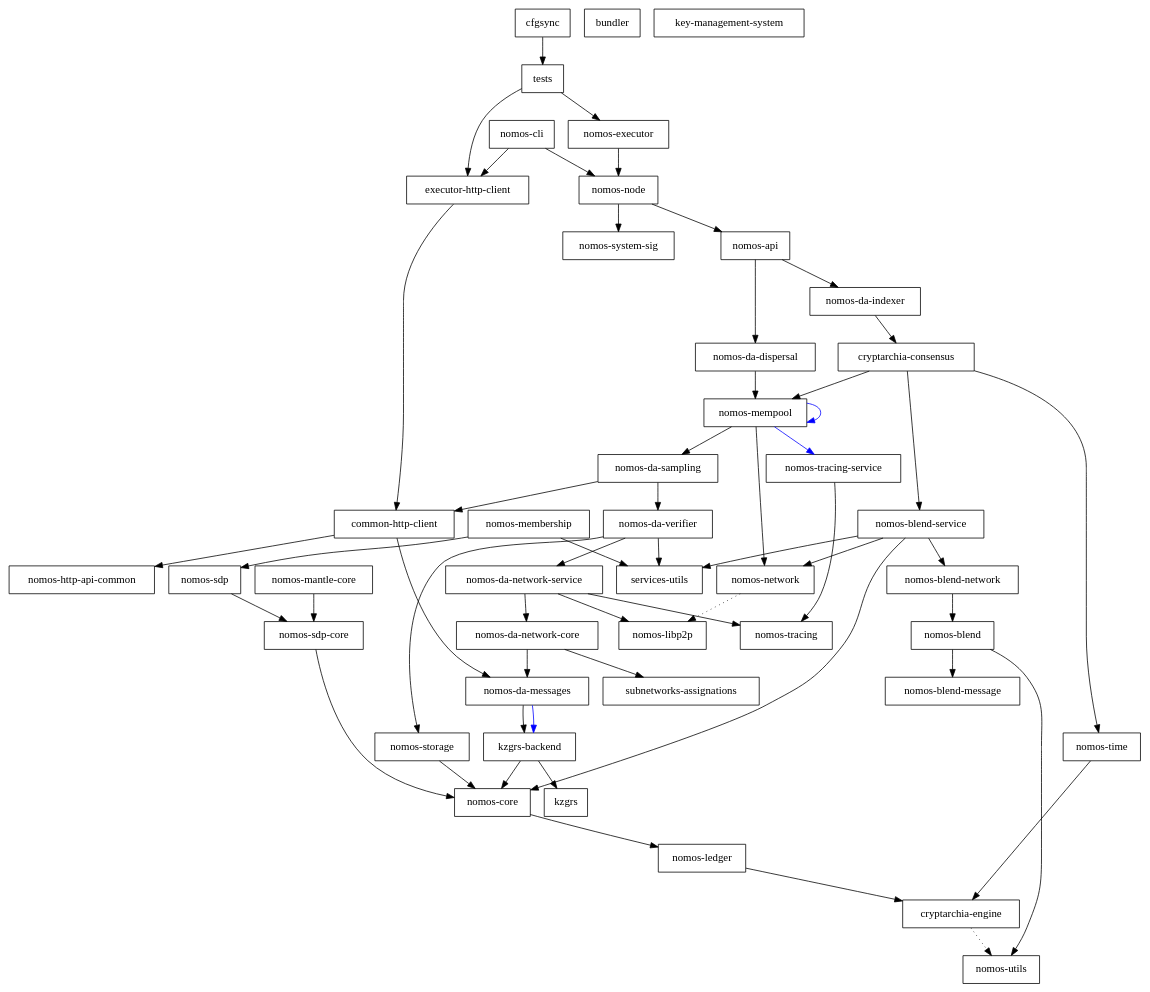
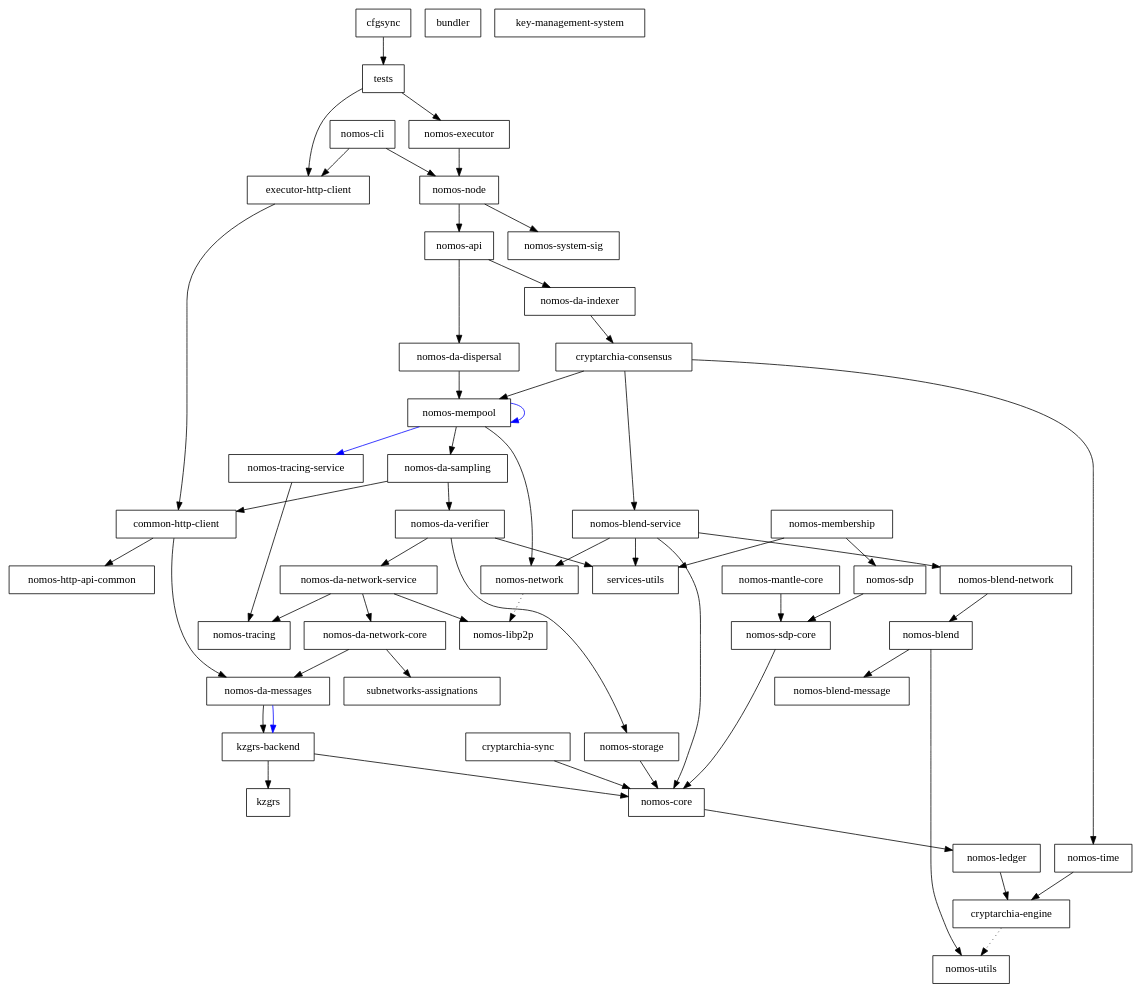
One commit to Astro521/logos-blockchain changed the diagram in dependencies_graph.dot. Above: the diagram before and after it, drawn with Graphviz. The commit also changed 10 other files, not shown here.

```diff
--- a/dependencies_graph.dot
+++ b/dependencies_graph.dot
@@ -1,100 +1,102 @@
 digraph {
     0 [ label = "cryptarchia-engine" shape = box]
     1 [ label = "nomos-utils" shape = box]
-    2 [ label = "nomos-ledger" shape = box]
-    3 [ label = "nomos-http-api-common" shape = box]
-    4 [ label = "nomos-executor" shape = box]
-    5 [ label = "kzgrs-backend" shape = box]
-    6 [ label = "kzgrs" shape = box]
-    7 [ label = "nomos-core" shape = box]
-    8 [ label = "nomos-api" shape = box]
-    9 [ label = "cryptarchia-consensus" shape = box]
-    10 [ label = "nomos-blend-service" shape = box]
-    11 [ label = "nomos-blend" shape = box]
-    12 [ label = "nomos-blend-message" shape = box]
-    13 [ label = "nomos-blend-network" shape = box]
-    14 [ label = "nomos-libp2p" shape = box]
-    15 [ label = "nomos-network" shape = box]
-    16 [ label = "services-utils" shape = box]
-    17 [ label = "nomos-da-sampling" shape = box]
-    18 [ label = "common-http-client" shape = box]
-    19 [ label = "nomos-da-messages" shape = box]
-    20 [ label = "nomos-da-network-core" shape = box]
-    21 [ label = "subnetworks-assignations" shape = box]
-    22 [ label = "nomos-da-network-service" shape = box]
-    23 [ label = "nomos-tracing" shape = box]
-    24 [ label = "nomos-da-verifier" shape = box]
-    25 [ label = "nomos-storage" shape = box]
-    26 [ label = "nomos-mempool" shape = box]
-    27 [ label = "nomos-tracing-service" shape = box]
-    28 [ label = "nomos-time" shape = box]
-    29 [ label = "nomos-da-dispersal" shape = box]
-    30 [ label = "nomos-da-indexer" shape = box]
-    31 [ label = "nomos-node" shape = box]
-    32 [ label = "nomos-system-sig" shape = box]
-    33 [ label = "executor-http-client" shape = box]
-    34 [ label = "bundler" shape = box]
-    35 [ label = "nomos-cli" shape = box]
-    36 [ label = "nomos-mantle-core" shape = box]
-    37 [ label = "nomos-sdp-core" shape = box]
-    38 [ label = "key-management-system" shape = box]
-    39 [ label = "nomos-membership" shape = box]
-    40 [ label = "nomos-sdp" shape = box]
-    41 [ label = "cfgsync" shape = box]
-    42 [ label = "tests" shape = box]
+    2 [ label = "cryptarchia-sync" shape = box]
+    3 [ label = "nomos-core" shape = box]
+    4 [ label = "nomos-ledger" shape = box]
+    5 [ label = "nomos-http-api-common" shape = box]
+    6 [ label = "nomos-executor" shape = box]
+    7 [ label = "kzgrs-backend" shape = box]
+    8 [ label = "kzgrs" shape = box]
+    9 [ label = "nomos-api" shape = box]
+    10 [ label = "cryptarchia-consensus" shape = box]
+    11 [ label = "nomos-blend-service" shape = box]
+    12 [ label = "nomos-blend" shape = box]
+    13 [ label = "nomos-blend-message" shape = box]
+    14 [ label = "nomos-blend-network" shape = box]
+    15 [ label = "nomos-libp2p" shape = box]
+    16 [ label = "nomos-network" shape = box]
+    17 [ label = "services-utils" shape = box]
+    18 [ label = "nomos-da-sampling" shape = box]
+    19 [ label = "common-http-client" shape = box]
+    20 [ label = "nomos-da-messages" shape = box]
+    21 [ label = "nomos-da-network-core" shape = box]
+    22 [ label = "subnetworks-assignations" shape = box]
+    23 [ label = "nomos-da-network-service" shape = box]
+    24 [ label = "nomos-tracing" shape = box]
+    25 [ label = "nomos-da-verifier" shape = box]
+    26 [ label = "nomos-storage" shape = box]
+    27 [ label = "nomos-mempool" shape = box]
+    28 [ label = "nomos-tracing-service" shape = box]
+    29 [ label = "nomos-time" shape = box]
+    30 [ label = "nomos-da-dispersal" shape = box]
+    31 [ label = "nomos-da-indexer" shape = box]
+    32 [ label = "nomos-node" shape = box]
+    33 [ label = "nomos-system-sig" shape = box]
+    34 [ label = "executor-http-client" shape = box]
+    35 [ label = "bundler" shape = box]
+    36 [ label = "nomos-cli" shape = box]
+    37 [ label = "nomos-mantle-core" shape = box]
+    38 [ label = "nomos-sdp-core" shape = box]
+    39 [ label = "key-management-system" shape = box]
+    40 [ label = "nomos-membership" shape = box]
+    41 [ label = "nomos-sdp" shape = box]
+    42 [ label = "cfgsync" shape = box]
+    43 [ label = "tests" shape = box]
     0 -> 1 [ style = dotted]
-    2 -> 0 [ ]
-    4 -> 31 [ ]
-    5 -> 6 [ ]
-    5 -> 7 [ ]
-    7 -> 2 [ ]
-    8 -> 29 [ ]
-    8 -> 30 [ ]
-    9 -> 10 [ ]
-    9 -> 26 [ ]
-    9 -> 28 [ ]
-    10 -> 13 [ ]
-    10 -> 7 [ ]
-    10 -> 15 [ ]
-    10 -> 16 [ ]
-    11 -> 12 [ ]
-    11 -> 1 [ ]
-    13 -> 11 [ ]
-    15 -> 14 [ style = dotted]
-    17 -> 18 [ ]
-    17 -> 24 [ ]
+    2 -> 3 [ ]
+    3 -> 4 [ ]
+    4 -> 0 [ ]
+    6 -> 32 [ ]
+    7 -> 8 [ ]
+    7 -> 3 [ ]
+    9 -> 30 [ ]
+    9 -> 31 [ ]
+    10 -> 11 [ ]
+    10 -> 27 [ ]
+    10 -> 29 [ ]
+    11 -> 14 [ ]
+    11 -> 3 [ ]
+    11 -> 16 [ ]
+    11 -> 17 [ ]
+    12 -> 13 [ ]
+    12 -> 1 [ ]
+    14 -> 12 [ ]
+    16 -> 15 [ style = dotted]
     18 -> 19 [ ]
-    18 -> 3 [ ]
+    18 -> 25 [ ]
+    19 -> 20 [ ]
     19 -> 5 [ ]
-    19 -> 5 [ color = blue]
-    20 -> 19 [ ]
-    20 -> 21 [ ]
-    22 -> 20 [ ]
-    22 -> 14 [ ]
-    22 -> 23 [ ]
-    24 -> 22 [ ]
-    24 -> 25 [ ]
-    24 -> 16 [ ]
-    25 -> 7 [ ]
-    26 -> 17 [ ]
-    26 -> 26 [ color = blue]
-    26 -> 15 [ ]
-    26 -> 27 [ color = blue]
-    27 -> 23 [ ]
-    28 -> 0 [ ]
-    29 -> 26 [ ]
-    30 -> 9 [ ]
-    31 -> 8 [ ]
-    31 -> 32 [ ]
-    33 -> 18 [ ]
-    35 -> 33 [ ]
-    35 -> 31 [ ]
-    36 -> 37 [ ]
-    37 -> 7 [ ]
-    39 -> 40 [ ]
-    39 -> 16 [ ]
-    40 -> 37 [ ]
-    41 -> 42 [ ]
-    42 -> 33 [ ]
-    42 -> 4 [ ]
+    20 -> 7 [ ]
+    20 -> 7 [ color = blue]
+    21 -> 20 [ ]
+    21 -> 22 [ ]
+    23 -> 21 [ ]
+    23 -> 15 [ ]
+    23 -> 24 [ ]
+    25 -> 23 [ ]
+    25 -> 26 [ ]
+    25 -> 17 [ ]
+    26 -> 3 [ ]
+    27 -> 18 [ ]
+    27 -> 27 [ color = blue]
+    27 -> 16 [ ]
+    27 -> 28 [ color = blue]
+    28 -> 24 [ ]
+    29 -> 0 [ ]
+    30 -> 27 [ ]
+    31 -> 10 [ ]
+    32 -> 9 [ ]
+    32 -> 33 [ ]
+    34 -> 19 [ ]
+    36 -> 34 [ ]
+    36 -> 32 [ ]
+    37 -> 38 [ ]
+    38 -> 3 [ ]
+    40 -> 41 [ ]
+    40 -> 17 [ ]
+    41 -> 38 [ ]
+    42 -> 43 [ ]
+    43 -> 34 [ ]
+    43 -> 6 [ ]
 }
```
